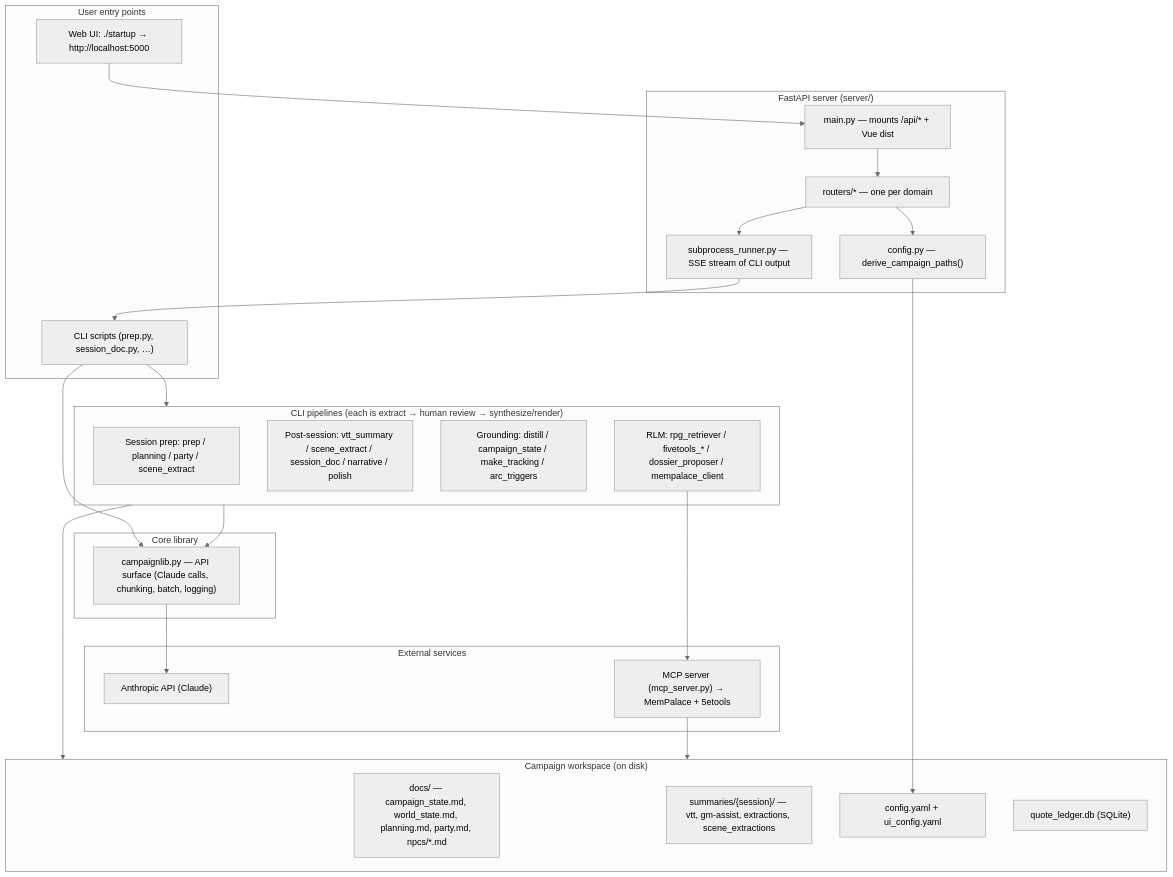
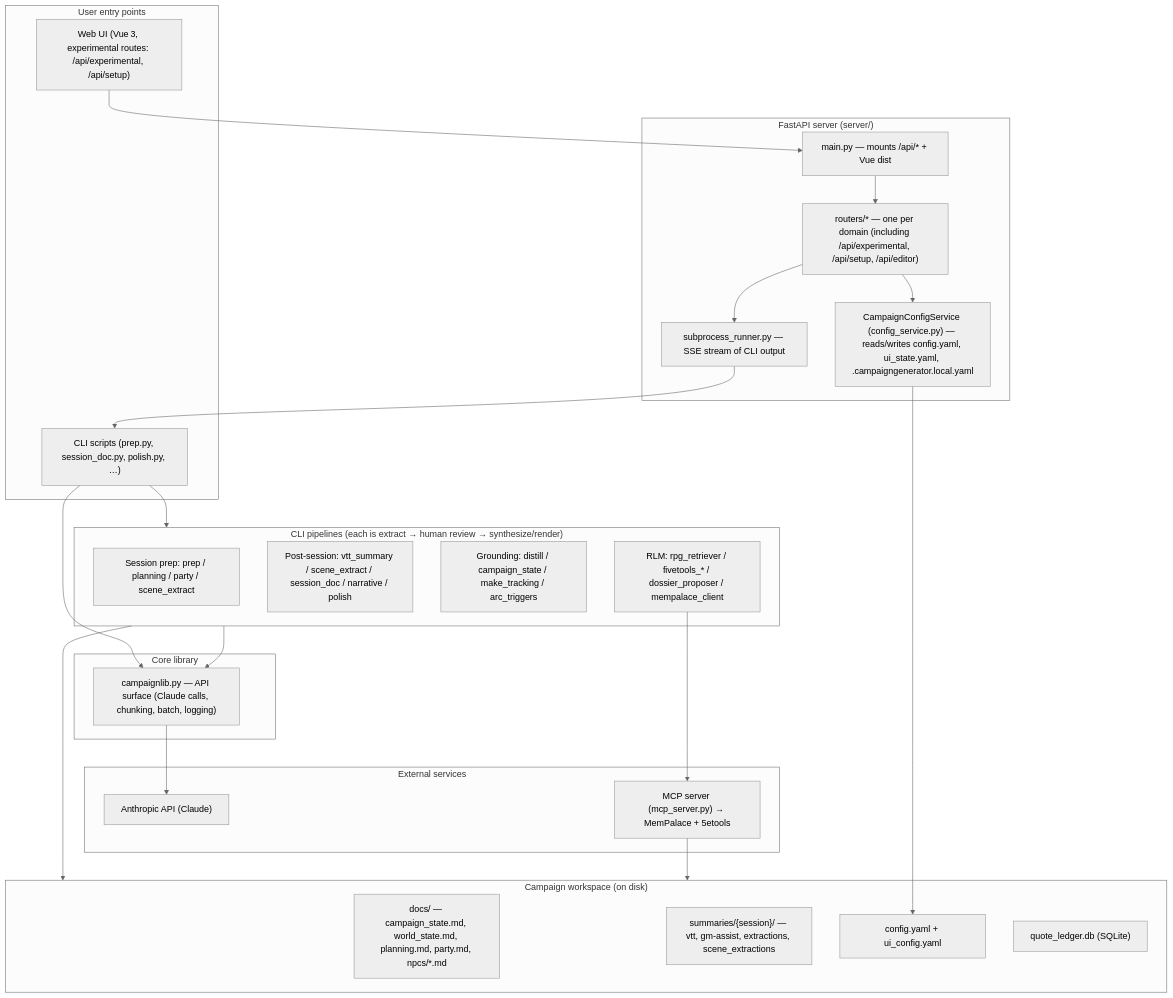
One commit to ameade/CampaignGenerator changed the first of 3 diagrams in docs/core/architecture.md. Above: the diagram before and after it, drawn with Mermaid (neutral theme). The commit also changed other lines of this file, not shown here.

Commit message:
refactor: remove deprecated CLI flags and fix session_doc.py syntax

````diff
--- a/docs/core/architecture.md
+++ b/docs/core/architecture.md
@@ -16,51 +16,51 @@
 ```mermaid
 flowchart TB
     subgraph User["User entry points"]
-        CLI["CLI scripts (prep.py, session_doc.py, …)"]
-        Web["Web UI: ./startup → http://localhost:5000"]
+        CLI["CLI scripts (prep.py, session_doc.py, polish.py, …)"]
+        Web["Web UI (Vue 3, experimental routes: /api/experimental, /api/setup)"]
     end
 
     subgraph Server["FastAPI server (server/)"]
         Main["main.py — mounts /api/* + Vue dist"]
-        Routers["routers/* — one per domain"]
-        SubRun["subprocess_runner.py — SSE stream of CLI output"]
-        Cfg["config.py — derive_campaign_paths()"]
+        Routers["routers/* — one per domain (including /api/experimental, /api/setup, /api/editor)"]
+    SubRun["subprocess_runner.py — SSE stream of CLI output"]
+    Cfg["CampaignConfigService (config_service.py) — reads/writes config.yaml, ui_state.yaml, .campaigngenerator.local.yaml"]
     end
 
     subgraph Core["Core library"]
         Lib["campaignlib.py — API surface (Claude calls, chunking, batch, logging)"]
     end
 
     subgraph Pipelines["CLI pipelines (each is extract → human review → synthesize/render)"]
         Prep["Session prep: prep / planning / party / scene_extract"]
         Post["Post-session: vtt_summary / scene_extract / session_doc / narrative / polish"]
         Ground["Grounding: distill / campaign_state / make_tracking / arc_triggers"]
         RLM["RLM: rpg_retriever / fivetools_* / dossier_proposer / mempalace_client"]
     end
 
     subgraph Disk["Campaign workspace (on disk)"]
         Docs["docs/ — campaign_state.md, world_state.md, planning.md, party.md, npcs/*.md"]
         Sess["summaries/{session}/ — vtt, gm-assist, extractions, scene_extractions"]
         Cfgs["config.yaml + ui_config.yaml"]
         Ledger["quote_ledger.db (SQLite)"]
     end
 
     subgraph External["External services"]
         Claude["Anthropic API (Claude)"]
         MCP["MCP server (mcp_server.py) → MemPalace + 5etools"]
     end
 
     Web --> Main
     Main --> Routers
     Routers --> SubRun
     SubRun --> CLI
     Routers --> Cfg
     Cfg --> Cfgs
     CLI --> Lib
     Lib --> Claude
     CLI --> Pipelines
     Pipelines --> Disk
     Pipelines --> Lib
     RLM --> MCP
     MCP --> Disk
 ```
````
